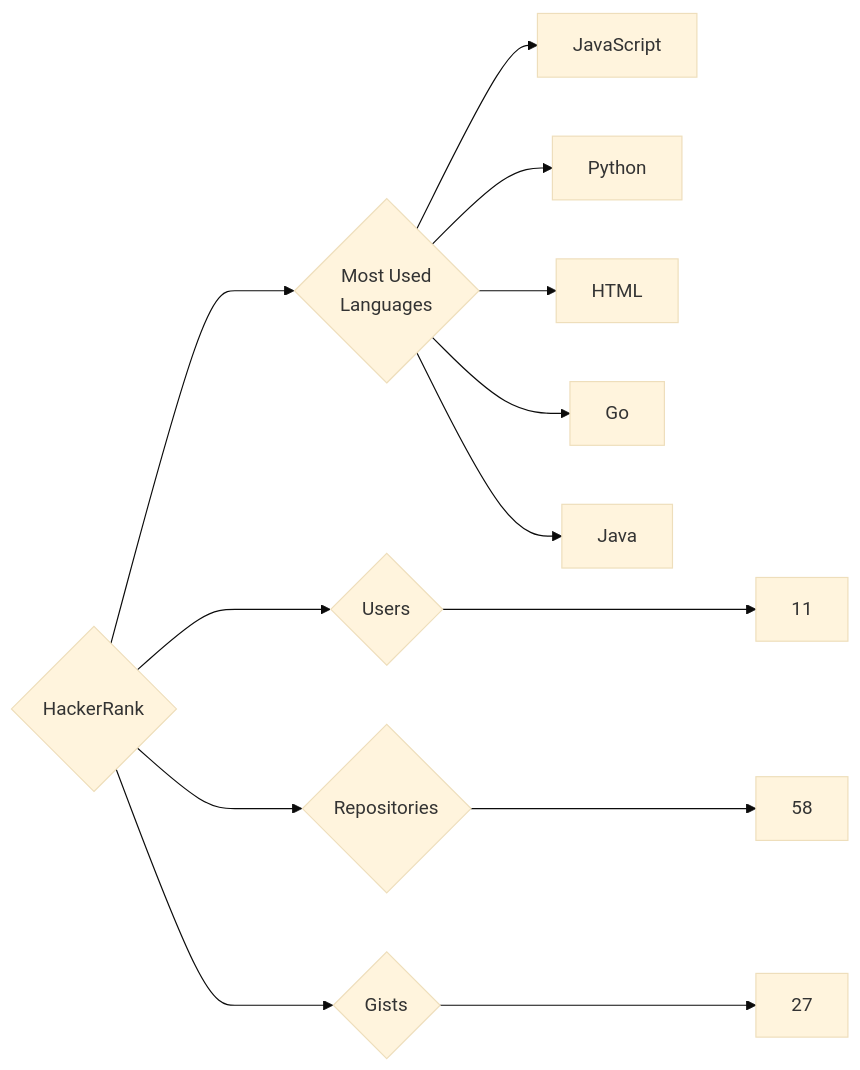
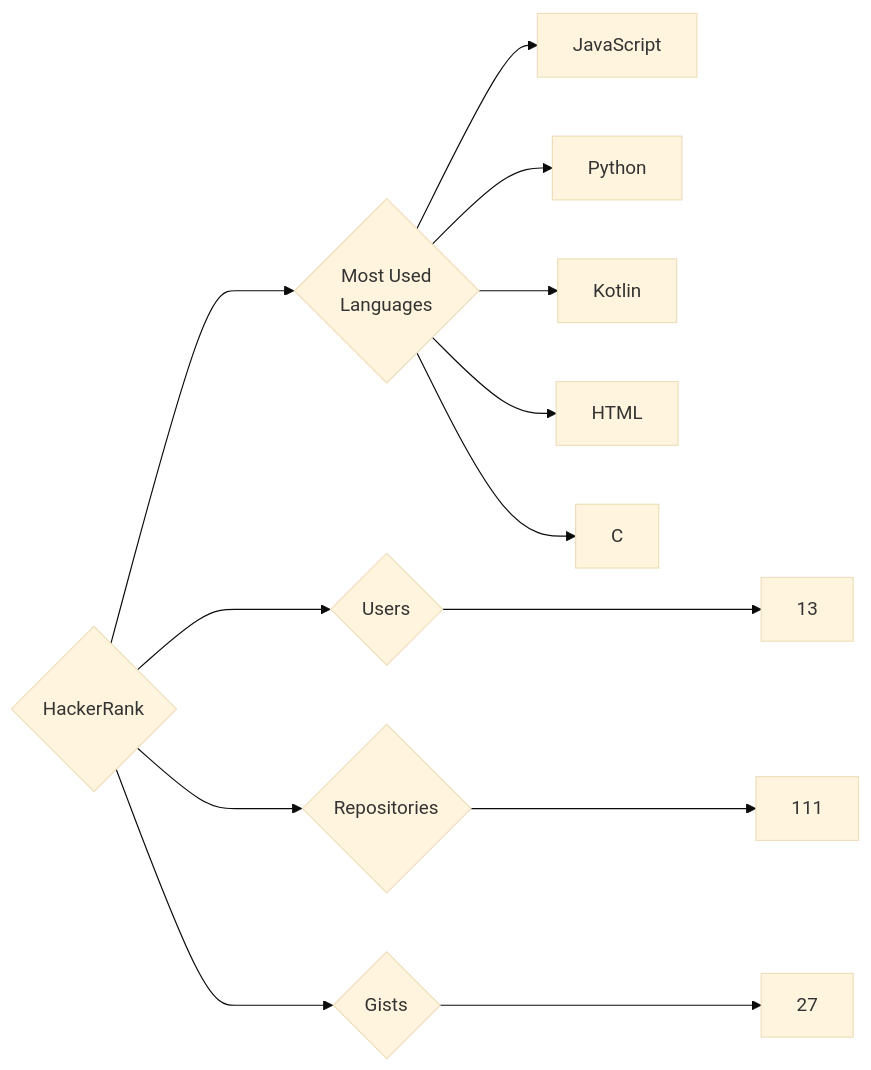
The diagram in targets/HackerRank/README.md (trickest/insiders), drawn with Mermaid (base theme) before and after one commit. The commit also changed 912 other files, not shown here.

````diff
--- a/targets/HackerRank/README.md
+++ b/targets/HackerRank/README.md
@@ -3,13 +3,13 @@
 ```mermaid
 graph LR
 COMPANY_NAME{HackerRank}
-COMPANY_NAME ---> U{Users} ---> UN[11]
-COMPANY_NAME ---> R{Repositories} ---> RN[58]
+COMPANY_NAME ---> U{Users} ---> UN[13]
+COMPANY_NAME ---> R{Repositories} ---> RN[111]
 COMPANY_NAME ---> G{Gists} ---> GN[27]
 COMPANY_NAME ---> ML{Most Used<br>Languages}
 ML --> JavaScript[JavaScript]
 ML --> Python[Python]
+ML --> Kotlin[Kotlin]
 ML --> HTML[HTML]
-ML --> Go[Go]
-ML --> Java[Java]
+ML --> C[C]
 ```
````
